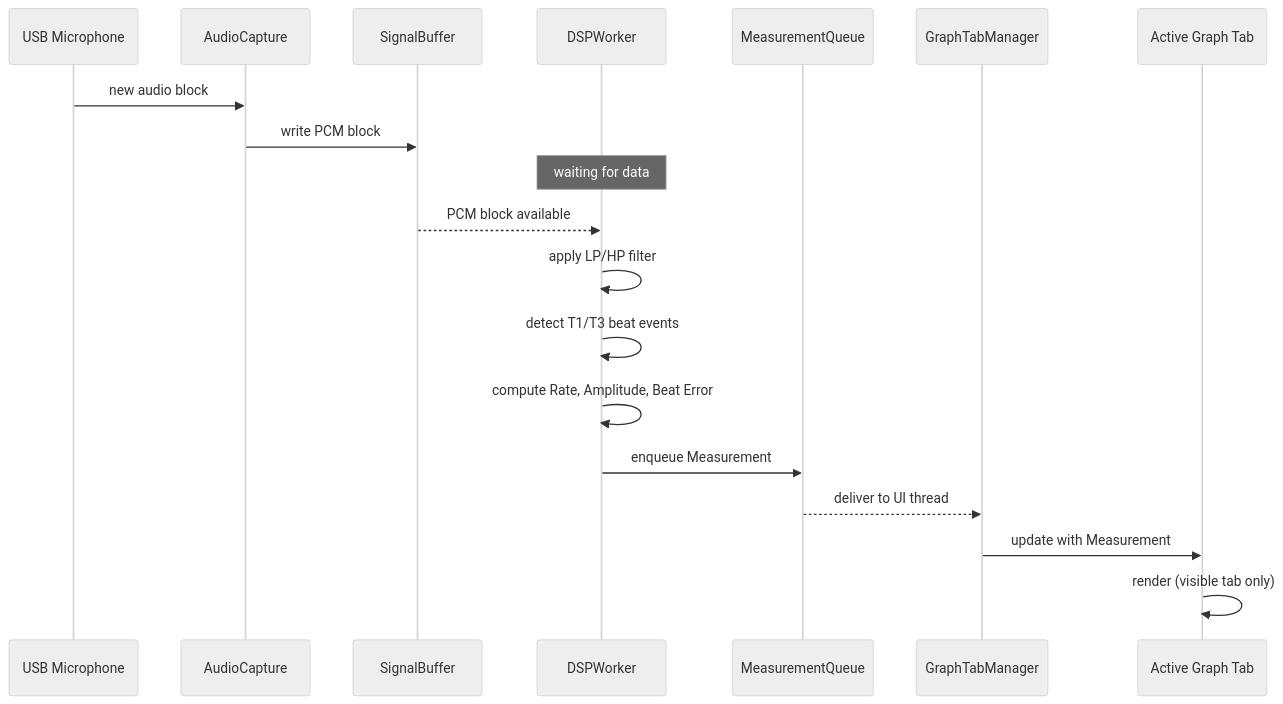
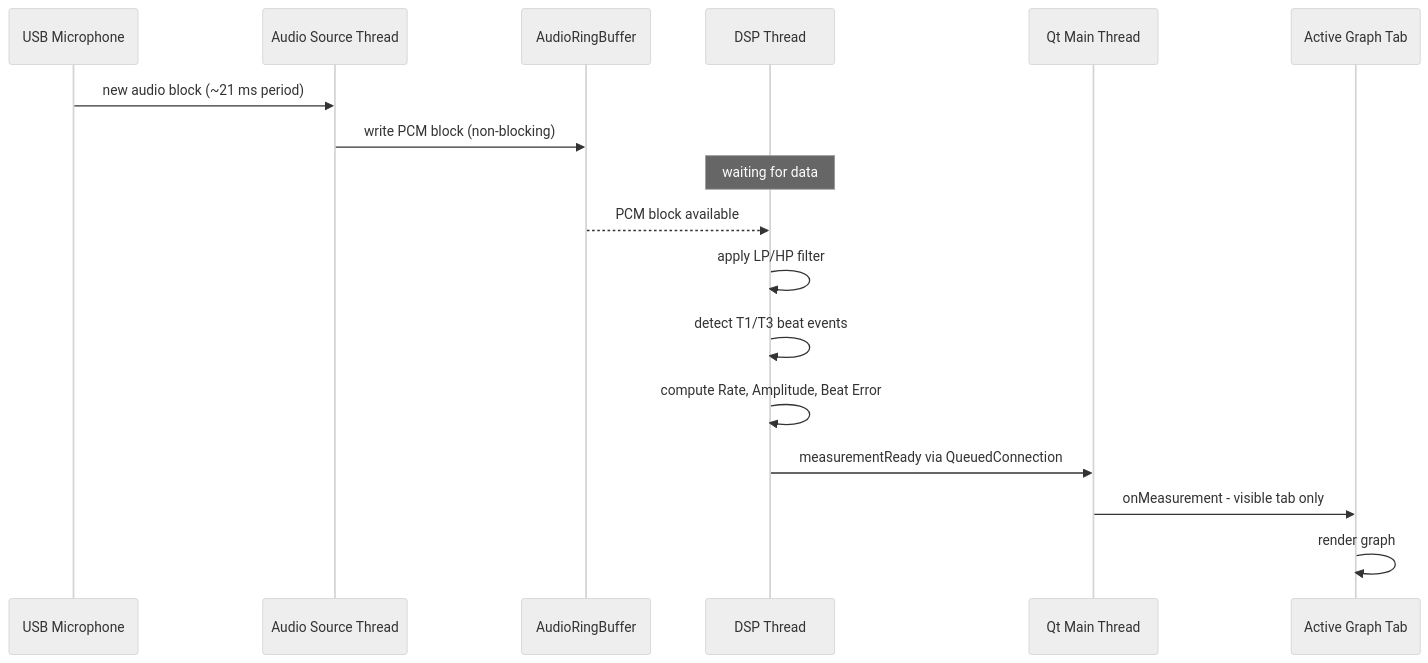
Before and after one commit to Ji-Min-Lee/2026-3-sw-architect-studio-project: the second of 2 diagrams in docs/milestone3/architecture/runtime-view.md, drawn with Mermaid (neutral theme). The commit also changed other lines of this file and 6 other files, not shown here.

First line of the commit message:
docs(m3): enrich milestone3 with experiment results, ATAM evaluation, graph-tab view, and ADR-006

````diff
--- a/docs/milestone3/architecture/runtime-view.md
+++ b/docs/milestone3/architecture/runtime-view.md
@@ -74,22 +82,20 @@
 ```mermaid
 sequenceDiagram
     participant HW as USB Microphone
-    participant AC as AudioCapture
-    participant SB as SignalBuffer
-    participant DW as DSPWorker
-    participant MQ as MeasurementQueue
-    participant GTM as GraphTabManager
+    participant T1 as Audio Source Thread
+    participant ARB as AudioRingBuffer
+    participant T2 as DSP Thread
+    participant Main as Qt Main Thread
     participant Tab as Active Graph Tab
 
-    HW->>AC: new audio block
-    AC->>SB: write PCM block
-    Note over DW: waiting for data
-    SB-->>DW: PCM block available
-    DW->>DW: apply LP/HP filter
-    DW->>DW: detect T1/T3 beat events
-    DW->>DW: compute Rate, Amplitude, Beat Error
-    DW->>MQ: enqueue Measurement
-    MQ-->>GTM: deliver to UI thread
-    GTM->>Tab: update with Measurement
-    Tab->>Tab: render (visible tab only)
+    HW->>T1: new audio block (~21 ms period)
+    T1->>ARB: write PCM block (non-blocking)
+    Note over T2: waiting for data
+    ARB-->>T2: PCM block available
+    T2->>T2: apply LP/HP filter
+    T2->>T2: detect T1/T3 beat events
+    T2->>T2: compute Rate, Amplitude, Beat Error
+    T2->>Main: measurementReady via QueuedConnection
+    Main->>Tab: onMeasurement - visible tab only
+    Tab->>Tab: render graph
 ```
````
